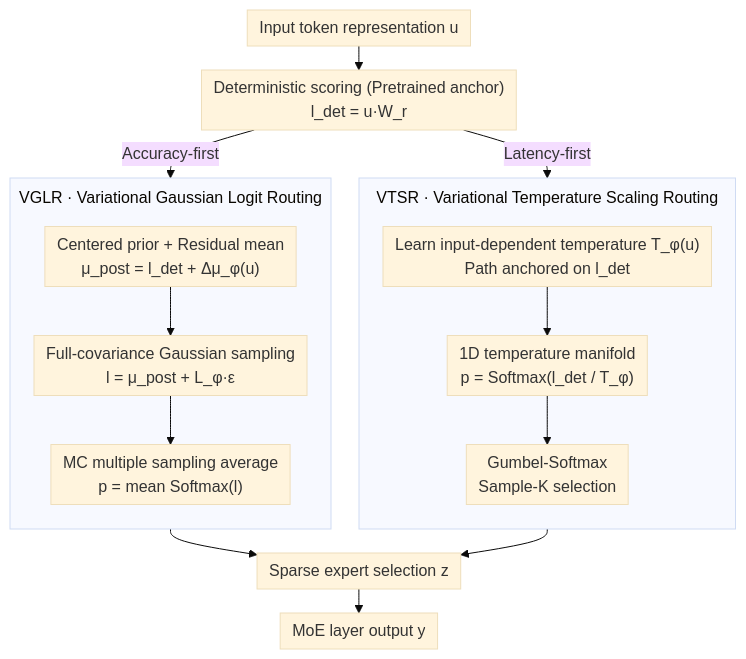
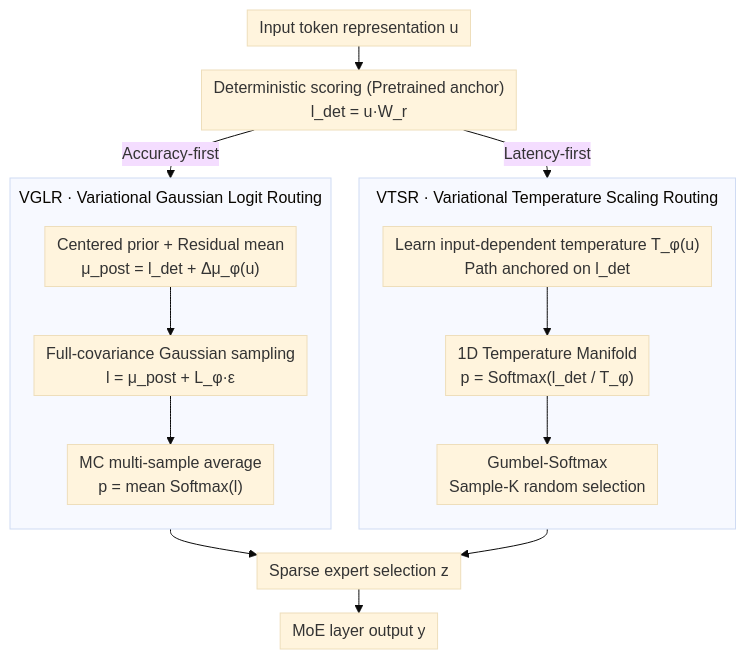
The diagram in docs/ICML2026/llm_efficiency/variational_routing_a_scalable_bayesian_framework_for_calibrated_mixture-of-expe.md (zhaoyang97/Paper-Notes-en), drawn with Mermaid (base theme) before and after one commit. The commit also changed other lines of this file and 5084 other files, not shown here.

````diff
--- a/docs/ICML2026/llm_efficiency/variational_routing_a_scalable_bayesian_framework_for_calibrated_mixture-of-expe.md
+++ b/docs/ICML2026/llm_efficiency/variational_routing_a_scalable_bayesian_framework_for_calibrated_mixture-of-expe.md
@@ -42,20 +42,20 @@
 ```mermaid
 %%{init: {'flowchart': {'rankSpacing': 24, 'nodeSpacing': 28, 'padding': 6, 'wrappingWidth': 400, 'subGraphTitleMargin': {'top': 8, 'bottom': 16}}}}%%
 flowchart TD
     U["Input token representation u"] --> DET["Deterministic scoring (Pretrained anchor)<br/>l_det = u·W_r"]
-    DET -->|"Accuracy-first"| VGLR
-    DET -->|"Latency-first"| VTSR
+    DET -->|Accuracy-first| VGLR
+    DET -->|Latency-first| VTSR
     subgraph VGLR["VGLR · Variational Gaussian Logit Routing"]
         direction TB
         A1["Centered prior + Residual mean<br/>μ_post = l_det + Δμ_φ(u)"] --> A2["Full-covariance Gaussian sampling<br/>l = μ_post + L_φ·ε"]
-        A2 --> A3["MC multiple sampling average<br/>p = mean Softmax(l)"]
+        A2 --> A3["MC multi-sample average<br/>p = mean Softmax(l)"]
     end
     subgraph VTSR["VTSR · Variational Temperature Scaling Routing"]
         direction TB
-        B1["Learn input-dependent temperature T_φ(u)<br/>Path anchored on l_det"] --> B2["1D temperature manifold<br/>p = Softmax(l_det / T_φ)"]
-        B2 --> B3["Gumbel-Softmax<br/>Sample-K selection"]
+        B1["Learn input-dependent temperature T_φ(u)<br/>Path anchored on l_det"] --> B2["1D Temperature Manifold<br/>p = Softmax(l_det / T_φ)"]
+        B2 --> B3["Gumbel-Softmax<br/>Sample-K random selection"]
     end
     VGLR --> SEL["Sparse expert selection z"]
     VTSR --> SEL
     SEL --> OUT["MoE layer output y"]
 ```
````
